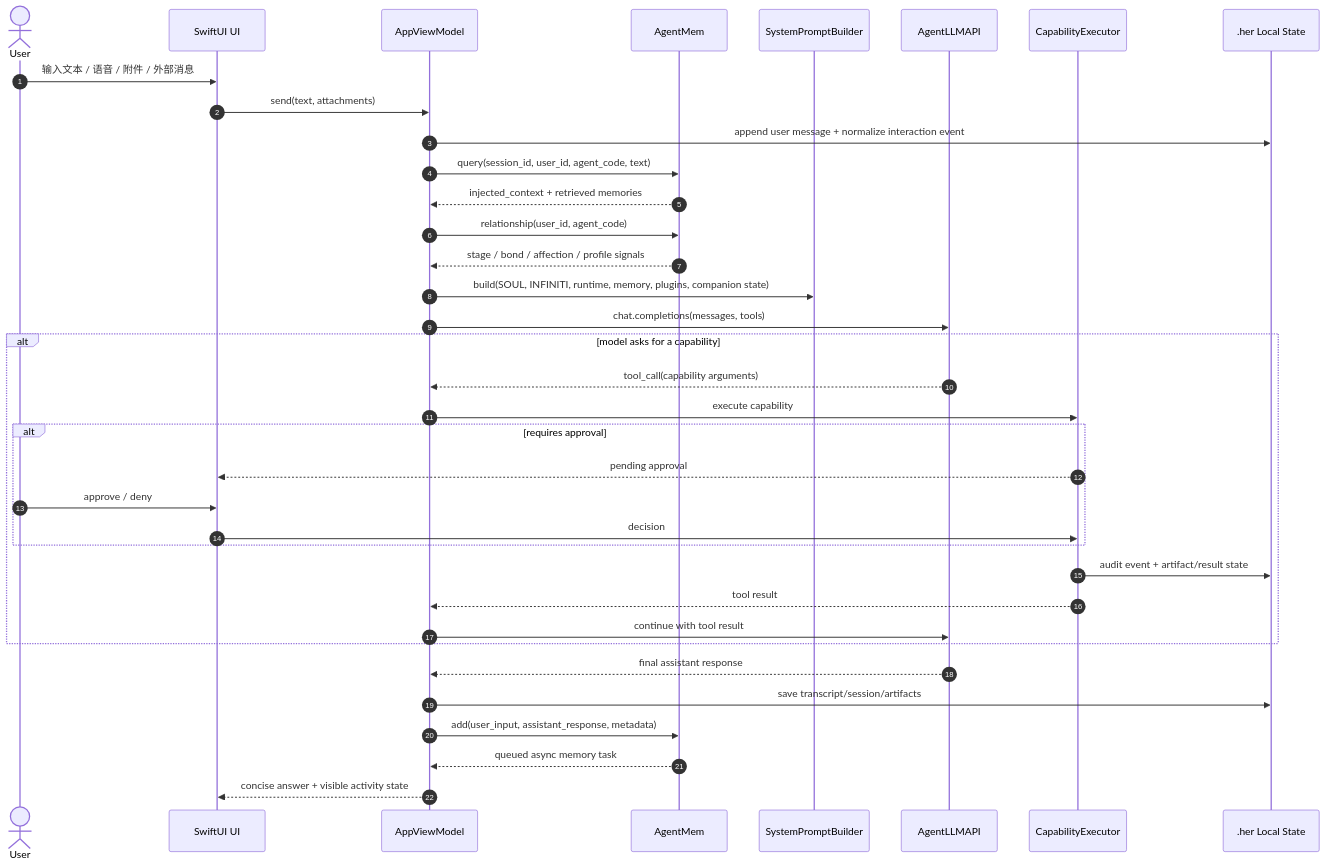
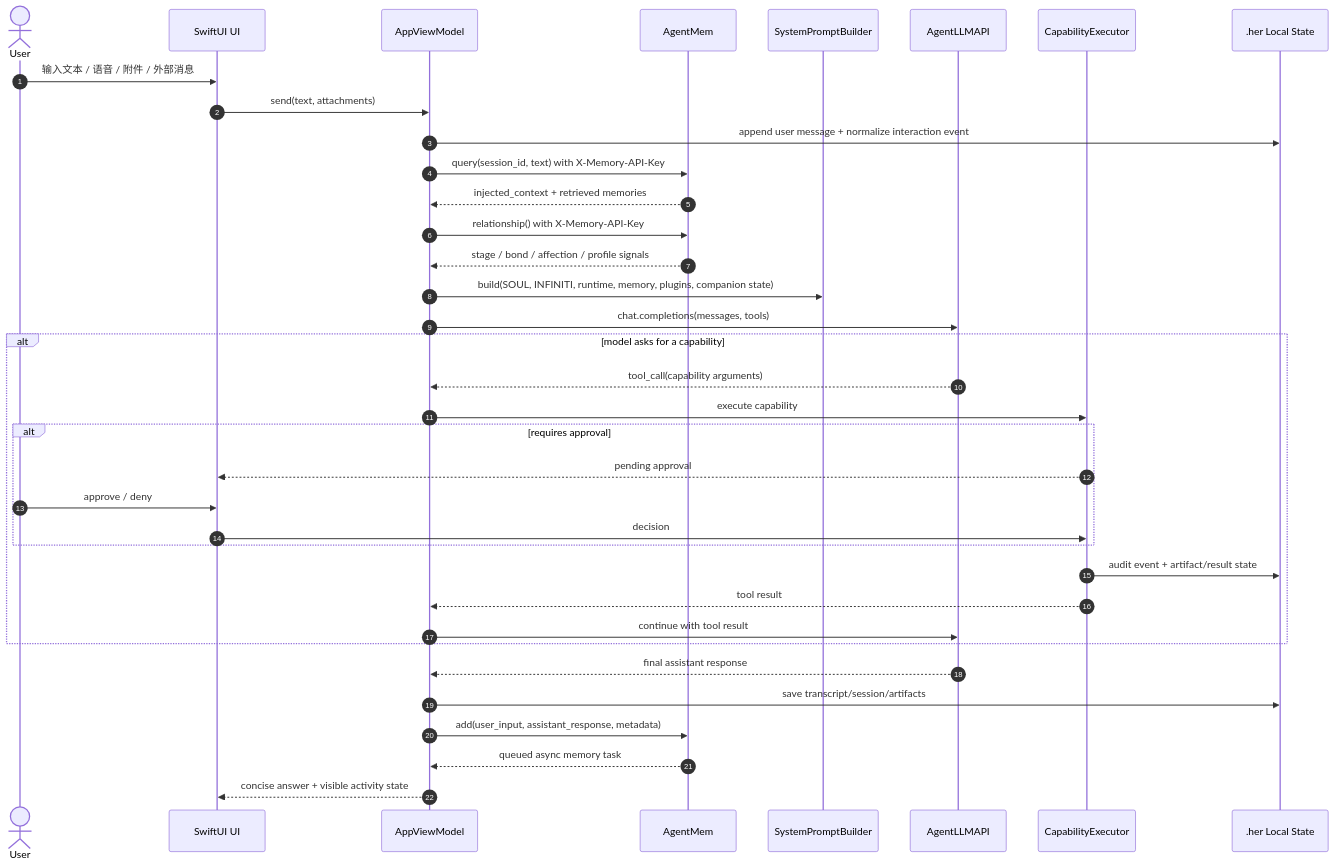
The sixth of 7 diagrams in docs/her-desktop-architecture.md (stelee410/her-desktop), drawn with Mermaid before and after one commit. The commit also changed other lines of this file and 9 other files, not shown here.

Commit message:
Align AgentMem calls with V7 memory keys

````diff
--- a/docs/her-desktop-architecture.md
+++ b/docs/her-desktop-architecture.md
@@ -331,39 +332,39 @@
 ```mermaid
 sequenceDiagram
     autonumber
     actor U as User
     participant UI as SwiftUI UI
     participant VM as AppViewModel
     participant MEM as AgentMem
     participant PB as SystemPromptBuilder
     participant LLM as AgentLLMAPI
     participant EX as CapabilityExecutor
     participant APP as .her Local State
 
     U->>UI: 输入文本 / 语音 / 附件 / 外部消息
     UI->>VM: send(text, attachments)
     VM->>APP: append user message + normalize interaction event
-    VM->>MEM: query(session_id, user_id, agent_code, text)
+    VM->>MEM: query(session_id, text) with X-Memory-API-Key
     MEM-->>VM: injected_context + retrieved memories
-    VM->>MEM: relationship(user_id, agent_code)
+    VM->>MEM: relationship() with X-Memory-API-Key
     MEM-->>VM: stage / bond / affection / profile signals
     VM->>PB: build(SOUL, INFINITI, runtime, memory, plugins, companion state)
     VM->>LLM: chat.completions(messages, tools)
     alt model asks for a capability
         LLM-->>VM: tool_call(capability arguments)
         VM->>EX: execute capability
         alt requires approval
             EX-->>UI: pending approval
             U->>UI: approve / deny
             UI->>EX: decision
         end
         EX->>APP: audit event + artifact/result state
         EX-->>VM: tool result
         VM->>LLM: continue with tool result
     end
     LLM-->>VM: final assistant response
     VM->>APP: save transcript/session/artifacts
     VM->>MEM: add(user_input, assistant_response, metadata)
     MEM-->>VM: queued async memory task
     VM-->>UI: concise answer + visible activity state
 ```
````
